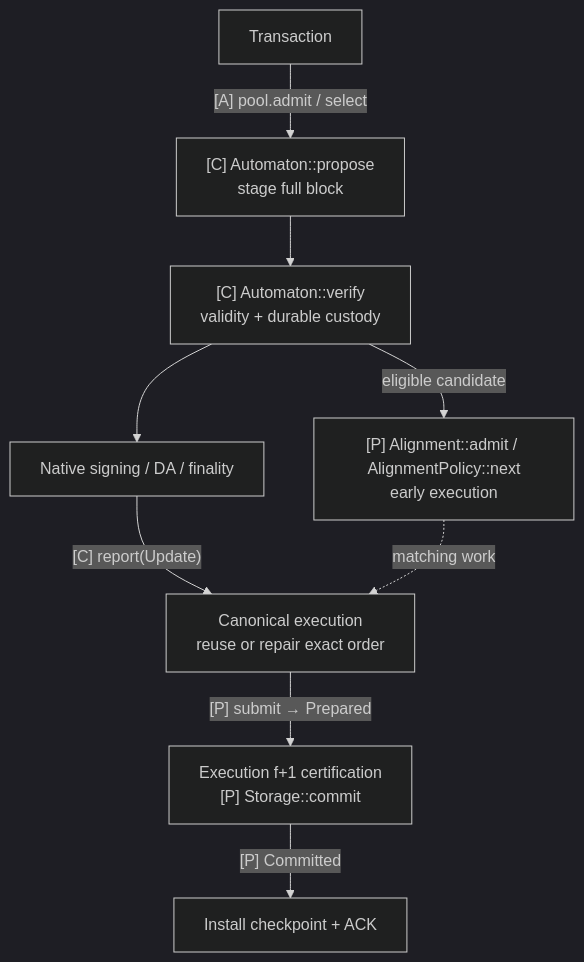
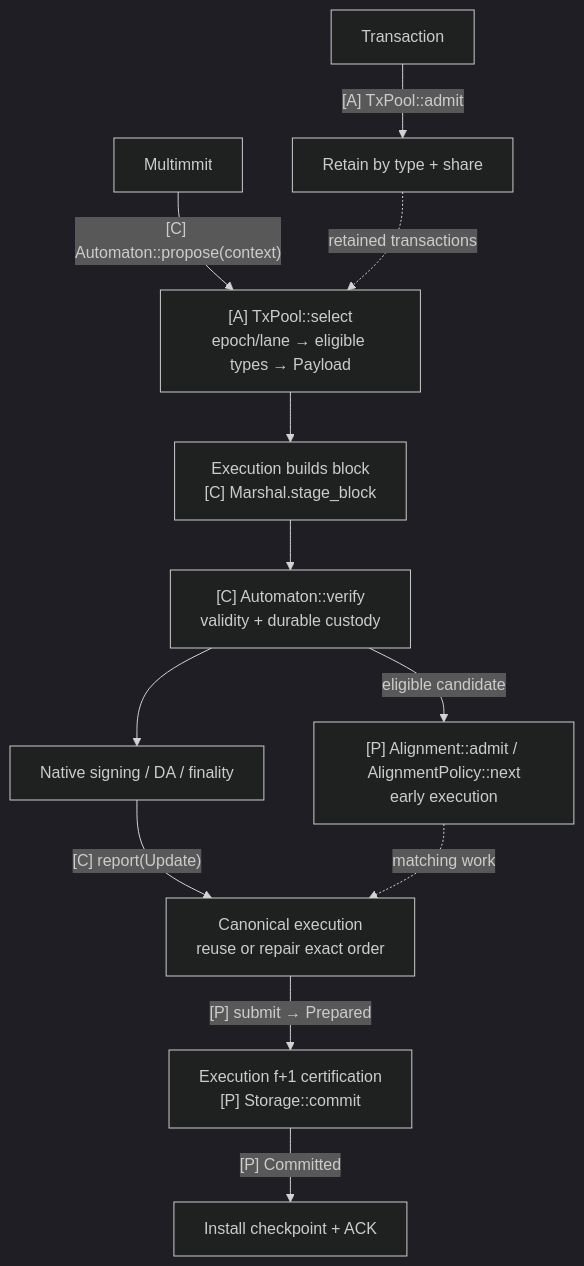
One commit to djm07073/baton changed the first of 3 diagrams in docs/02-e2e/01-transaction-to-state.md. Above: the diagram before and after it, drawn with Mermaid (dark theme). The commit also changed other lines of this file and 32 other files, not shown here.

Commit message:
refactor: separate transaction admission from epoch lane selection

````diff
--- a/docs/02-e2e/01-transaction-to-state.md
+++ b/docs/02-e2e/01-transaction-to-state.md
@@ -9,11 +9,14 @@
 ```mermaid
 flowchart TB
-    T["Transaction"] -->|"[A] pool.admit / select"| B["[C] Automaton::propose<br/>stage full block"]
+    T["Transaction"] -->|"[A] TxPool::admit"| P["Retain by type + share"]
+    N0["Multimmit"] -->|"[C] Automaton::propose(context)"| S["[A] TxPool::select<br/>epoch/lane → eligible types → Payload"]
+    P -.->|"retained transactions"| S
+    S --> B["Execution builds block<br/>[C] Marshal.stage_block"]
     B --> V["[C] Automaton::verify<br/>validity + durable custody"]
     V -->|"eligible candidate"| X["[P] Alignment::admit / AlignmentPolicy::next<br/>early execution"]
     V --> N["Native signing / DA / finality"]
     N -->|"[C] report(Update)"| O["Canonical execution<br/>reuse or repair exact order"]
     X -.->|"matching work"| O
     O -->|"[P] submit → Prepared"| C["Execution f+1 certification<br/>[P] Storage::commit"]
     C -->|"[P] Committed"| A["Install checkpoint + ACK"]
 ```
````
